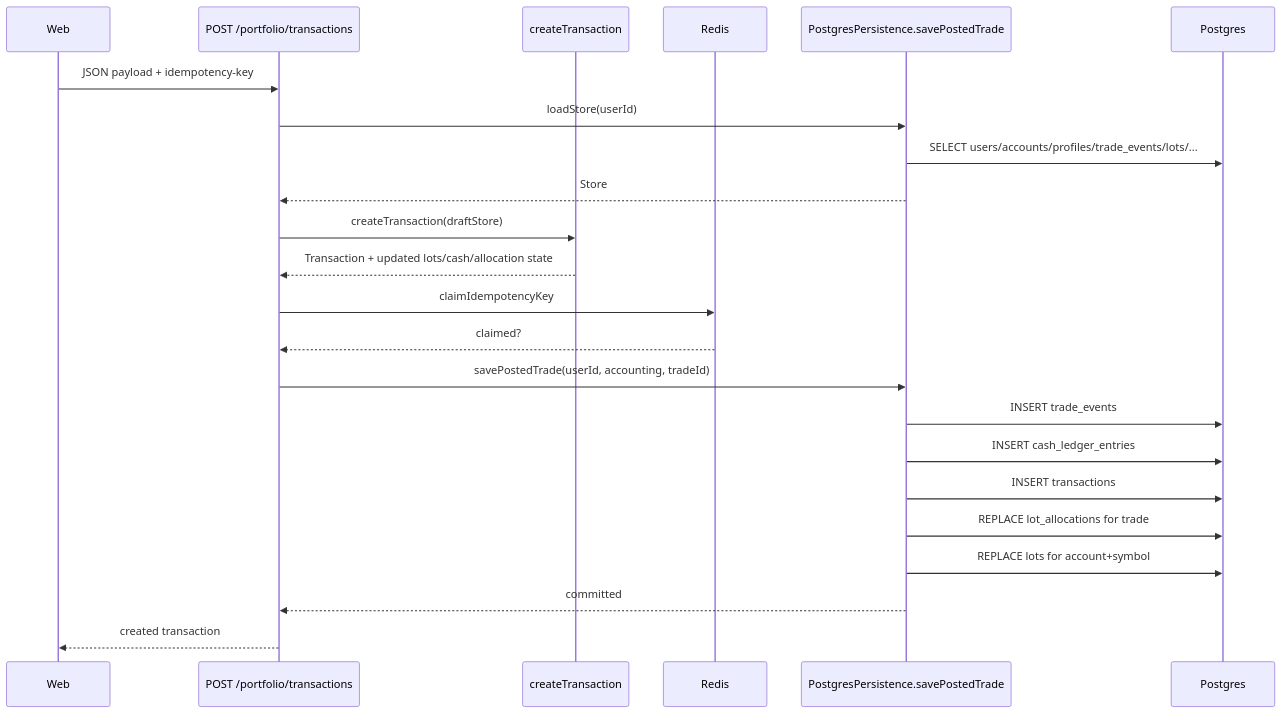
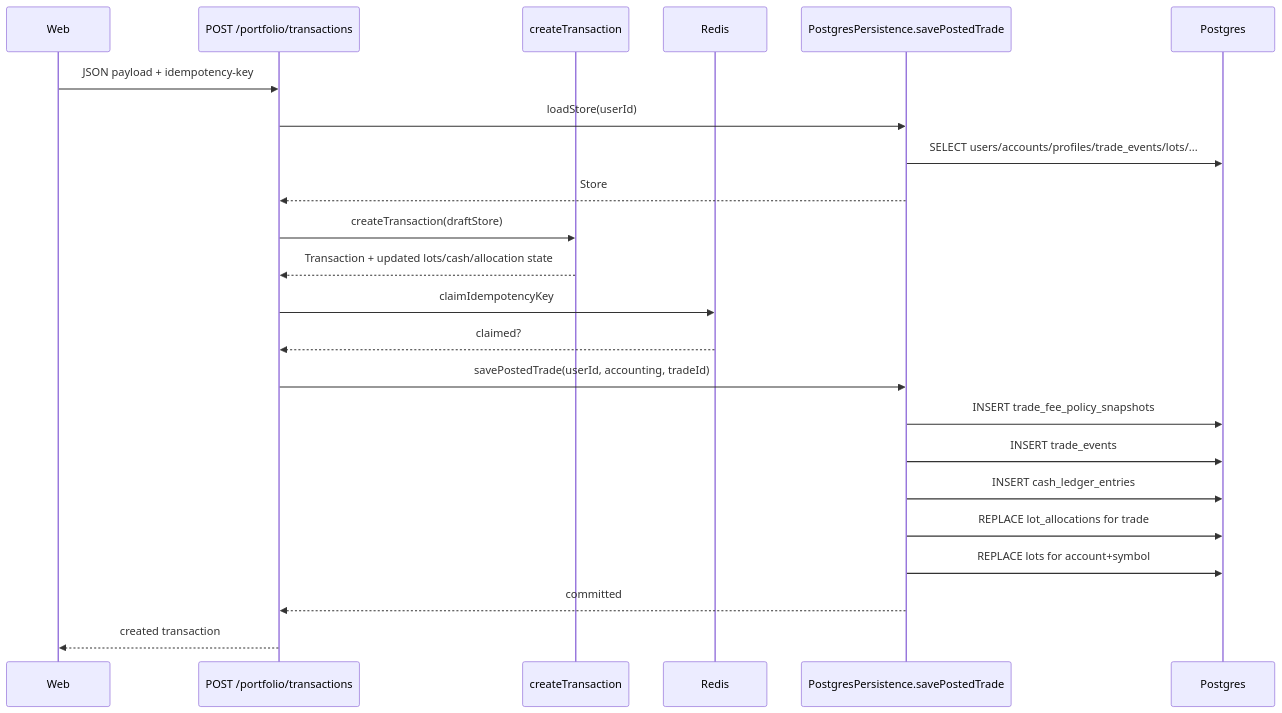
The fourth of 5 diagrams in docs/backend-db-api-architecture-dossier.md (kzokv/tw-portfolio), drawn with Mermaid before and after one commit. The commit also changed other lines of this file and 13 other files, not shown here.

````diff
--- a/docs/backend-db-api-architecture-dossier.md
+++ b/docs/backend-db-api-architecture-dossier.md
@@ -1200,26 +1202,26 @@
 ```mermaid
 sequenceDiagram
   participant Web
   participant Route as POST /portfolio/transactions
   participant Service as createTransaction
   participant Redis
   participant PG as PostgresPersistence.savePostedTrade
   participant DB as Postgres
 
   Web->>Route: JSON payload + idempotency-key
   Route->>PG: loadStore(userId)
   PG->>DB: SELECT users/accounts/profiles/trade_events/lots/...
   PG-->>Route: Store
   Route->>Service: createTransaction(draftStore)
   Service-->>Route: Transaction + updated lots/cash/allocation state
   Route->>Redis: claimIdempotencyKey
   Redis-->>Route: claimed?
   Route->>PG: savePostedTrade(userId, accounting, tradeId)
+  PG->>DB: INSERT trade_fee_policy_snapshots
   PG->>DB: INSERT trade_events
   PG->>DB: INSERT cash_ledger_entries
-  PG->>DB: INSERT transactions
   PG->>DB: REPLACE lot_allocations for trade
   PG->>DB: REPLACE lots for account+symbol
   PG-->>Route: committed
   Route-->>Web: created transaction
 ```
````
